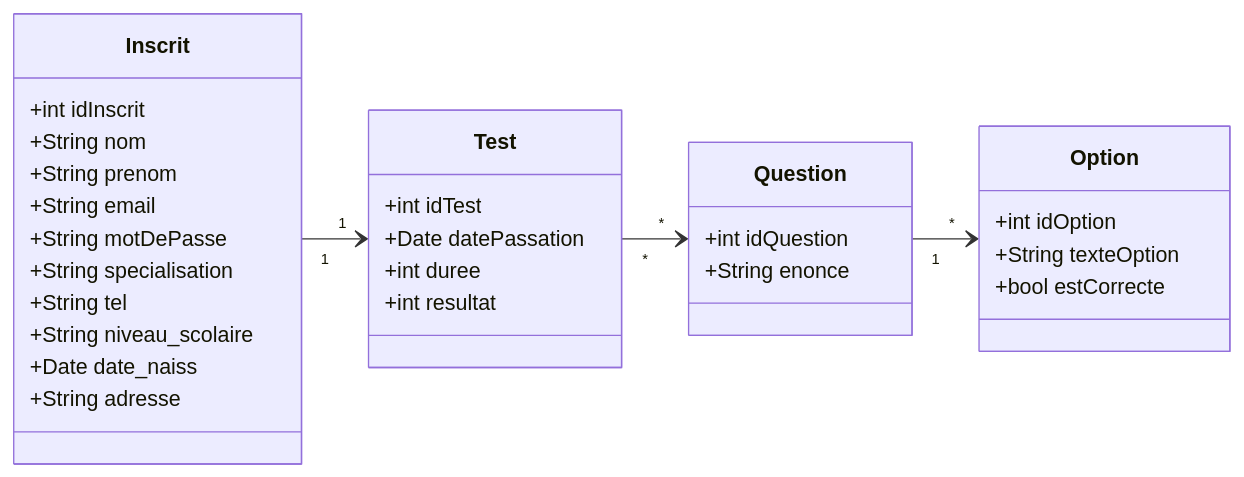
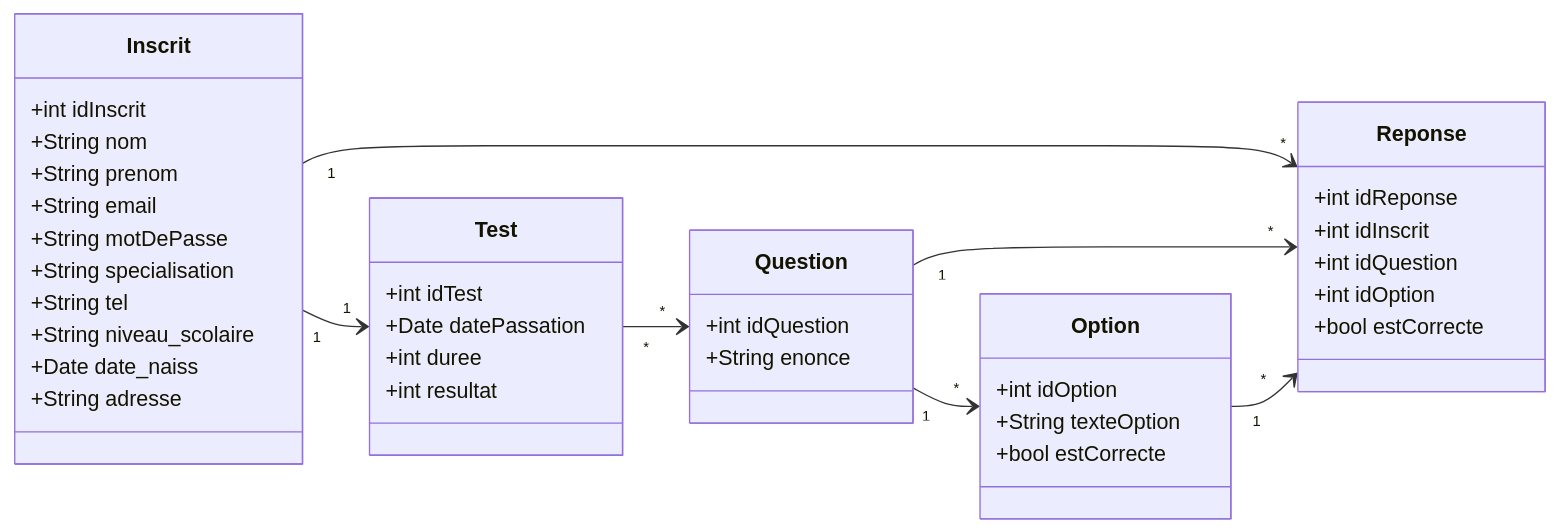
The diagram in Conception/diagrame_de_class/test_inscription.mmd (samiaBoug/Soli_LMS_Test_Inscription), drawn with Mermaid before and after one commit.

```diff
--- a/Conception/diagrame_de_class/test_inscription.mmd
+++ b/Conception/diagrame_de_class/test_inscription.mmd
@@ -1,37 +1,48 @@
 classDiagram
 direction LR
 
     class Inscrit {
         +int idInscrit
         +String nom
         +String prenom
         +String email
         +String motDePasse
         +String specialisation
         +String tel
         +String niveau_scolaire
         +Date date_naiss
         +String adresse
     }
 
     class Test {
         +int idTest
         +Date datePassation
         +int duree
         +int resultat
     }
 
     class Question {
         +int idQuestion
         +String enonce
     }
 
     class Option {
         +int idOption
         +String texteOption
         +bool estCorrecte
     }
 
+    class Reponse {
+        +int idReponse
+        +int idInscrit
+        +int idQuestion
+        +int idOption
+        +bool estCorrecte
+    }
+
     Inscrit "1" --> "1" Test 
     Test "*" --> "*" Question 
     Question "1" --> "*" Option 
+    Inscrit "1" --> "*" Reponse
+    Question "1" --> "*" Reponse
+    Option "1" --> "*" Reponse
```
